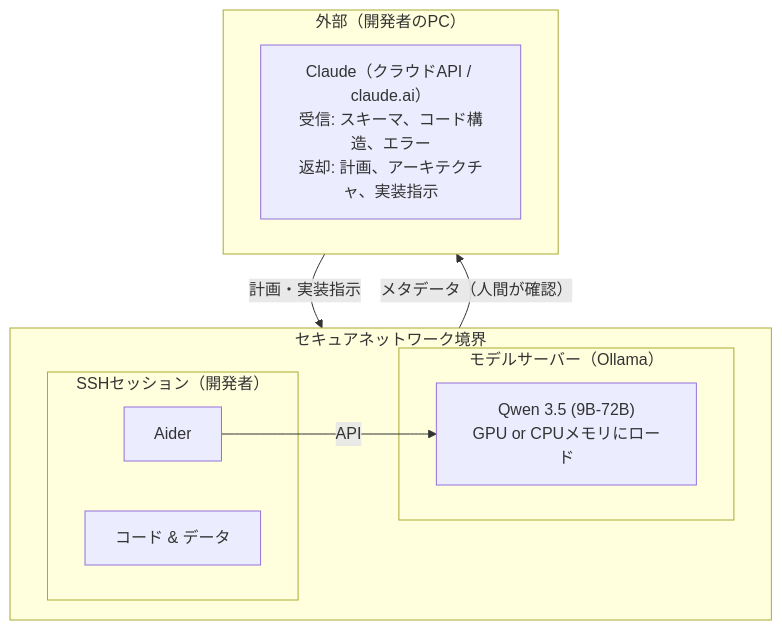
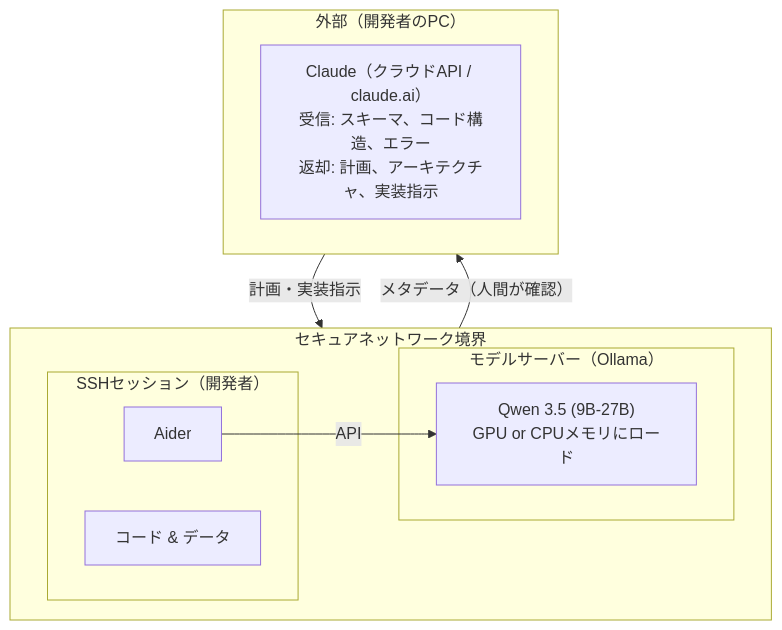
Before and after one commit to inutano/local-llm-coding-strategy: the second of 3 diagrams in strategy.ja.md, drawn with Mermaid. The commit also changed other lines of this file and 7 other files, not shown here.

````diff
--- a/strategy.ja.md
+++ b/strategy.ja.md
@@ -221,21 +180,21 @@
 ```mermaid
 flowchart TB
     subgraph boundary["セキュアネットワーク境界"]
         direction LR
         subgraph ssh["SSHセッション（開発者）"]
             aider["Aider"]
             code["コード & データ"]
         end
         subgraph model["モデルサーバー（Ollama）"]
-            qwen["Qwen 3.5 (9B-72B)<br/>GPU or CPUメモリにロード"]
+            qwen["Qwen 3.5 (9B-27B)<br/>GPU or CPUメモリにロード"]
         end
         aider -->|"API"| qwen
     end
 
     subgraph outside["外部（開発者のPC）"]
         claude["Claude（クラウドAPI / claude.ai）<br/>受信: スキーマ、コード構造、エラー<br/>返却: 計画、アーキテクチャ、実装指示"]
     end
 
     boundary -->|"メタデータ（人間が確認）"| outside
     outside -->|"計画・実装指示"| boundary
 ```
````
